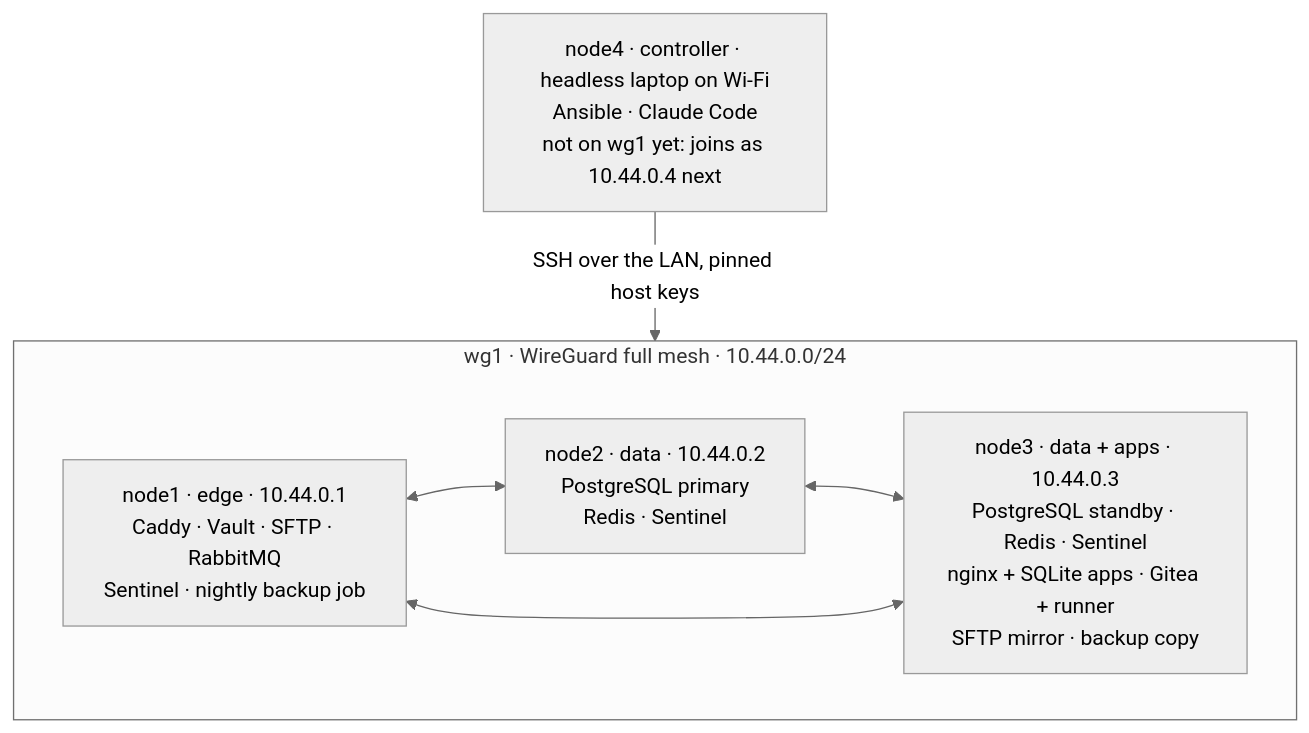
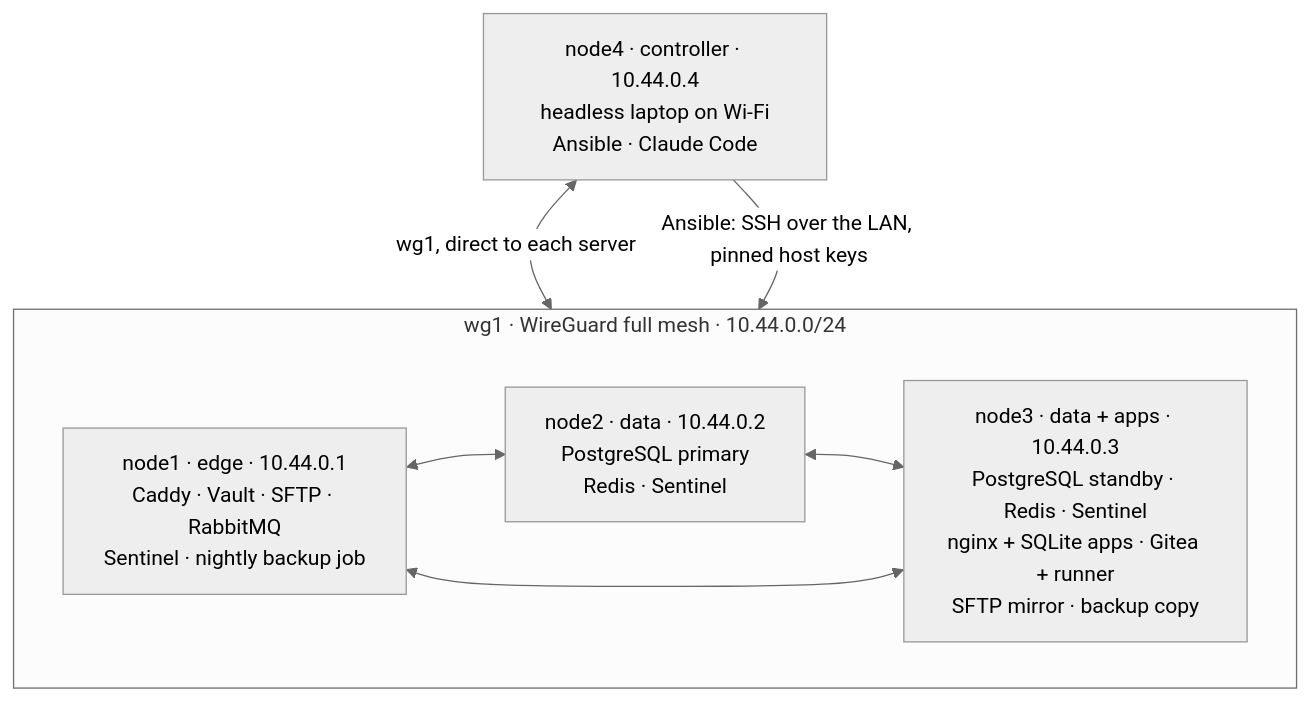
The third of 8 diagrams in README.md (vpetukhov-wbss/homelab-infrastructure), drawn with Mermaid (neutral theme) before and after one commit. The commit also changed other lines of this file and 15 other files, not shown here.

First line of the commit message:
feat(overlay): node4 joins wg1, remote access prepared

```diff
--- a/README.md
+++ b/README.md
@@ -84,14 +84,15 @@
 ~~~mermaid
 flowchart TB
     subgraph mesh ["wg1 · WireGuard full mesh · 10.44.0.0/24"]
         direction LR
         n1["node1 · edge · 10.44.0.1<br/>Caddy · Vault · SFTP · RabbitMQ<br/>Sentinel · nightly backup job"]
         n2["node2 · data · 10.44.0.2<br/>PostgreSQL primary<br/>Redis · Sentinel"]
         n3["node3 · data + apps · 10.44.0.3<br/>PostgreSQL standby · Redis · Sentinel<br/>nginx + SQLite apps · Gitea + runner<br/>SFTP mirror · backup copy"]
         n1 <--> n2
         n2 <--> n3
         n3 <--> n1
     end
-    n4["node4 · controller · headless laptop on Wi-Fi<br/>Ansible · Claude Code<br/>not on wg1 yet: joins as 10.44.0.4 next"]
-    n4 -- "SSH over the LAN, pinned host keys" --> mesh
+    n4["node4 · controller · 10.44.0.4<br/>headless laptop on Wi-Fi<br/>Ansible · Claude Code"]
+    n4 <-- "wg1, direct to each server" --> mesh
+    n4 -- "Ansible: SSH over the LAN, pinned host keys" --> mesh
 ~~~
```
